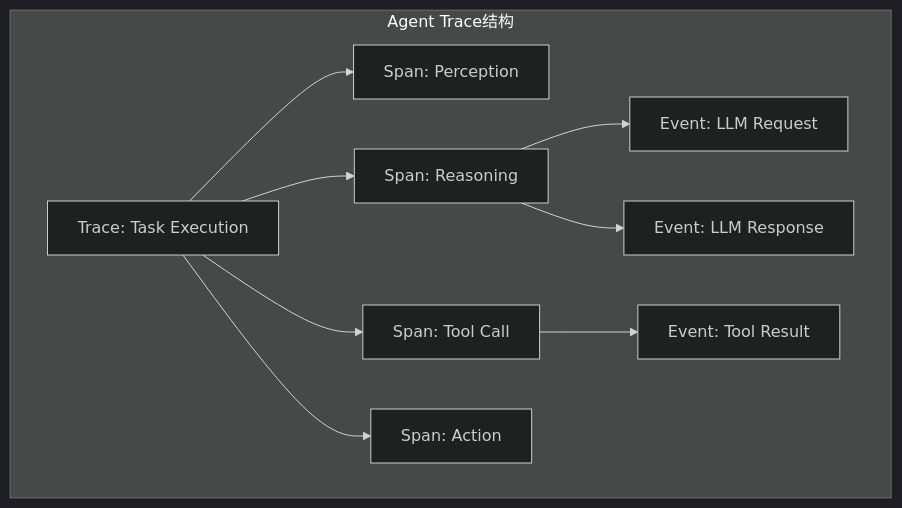
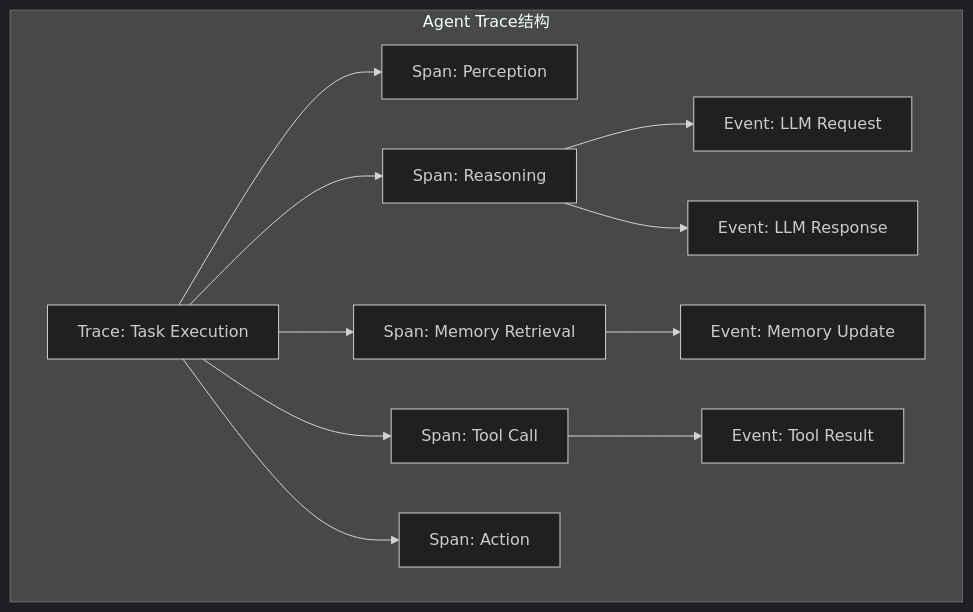
One commit to AdaMartin18010/AnalysisDataFlow changed the ninth of 18 diagrams in Knowledge/06-frontier/ai-agent-streaming-architecture.md. Above: the diagram before and after it, drawn with Mermaid (dark theme). The commit also changed other lines of this file and 202 other files, not shown here.

````diff
--- a/Knowledge/06-frontier/ai-agent-streaming-architecture.md
+++ b/Knowledge/06-frontier/ai-agent-streaming-architecture.md
@@ -587,21 +918,25 @@
 ```mermaid
 graph TB
     subgraph "Agent Trace结构"
         T1[Trace: Task Execution]
         T2[Span: Perception]
         T3[Span: Reasoning]
-        T4[Span: Tool Call]
-        T5[Span: Action]
-        T6[Event: LLM Request]
-        T7[Event: LLM Response]
-        T8[Event: Tool Result]
+        T4[Span: Memory Retrieval]
+        T5[Span: Tool Call]
+        T6[Span: Action]
+        T7[Event: LLM Request]
+        T8[Event: LLM Response]
+        T9[Event: Tool Result]
+        T10[Event: Memory Update]
     end
 
     T1 --> T2
     T1 --> T3
     T1 --> T4
     T1 --> T5
-    T3 --> T6
+    T1 --> T6
     T3 --> T7
-    T4 --> T8
+    T3 --> T8
+    T4 --> T10
+    T5 --> T9
 ```
````
